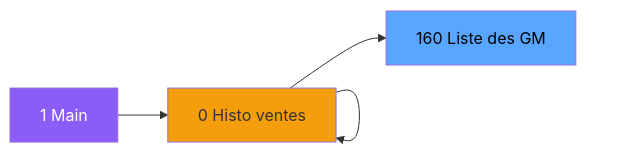
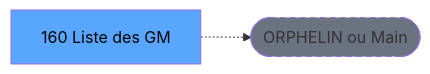
The second of 3 diagrams in .openspec/specs/ADH-IDE-160.md (thonyAGP/lecteur-magic), drawn with Mermaid before and after one commit. The commit also changed other lines of this file and 701 other files, not shown here.

````diff
--- a/.openspec/specs/ADH-IDE-160.md
+++ b/.openspec/specs/ADH-IDE-160.md
@@ -129,20 +121,8 @@
 ```mermaid
 graph LR
-    M[1 Main]
-    N0[0 Garantie sur]
-    N0[0 VAD valids  ]
-    N0[0 Histo ventes]
-    N0[0 Histo ventes]
     T[160 Liste des GM]
-    M --> N0
-    N0 --> N0
-    N0 --> N0
-    N0 --> N0
-    N0 --> T
-    style M fill:#8b5cf6,color:#fff
-    style N0 fill:#f59e0b
-    style N0 fill:#f59e0b
-    style N0 fill:#f59e0b
-    style N0 fill:#f59e0b
+    ORPHAN([ORPHELIN ou Main])
+    T -.-> ORPHAN
     style T fill:#58a6ff,color:#000
+    style ORPHAN fill:#6b7280,stroke-dasharray: 5 5
 ```
````
